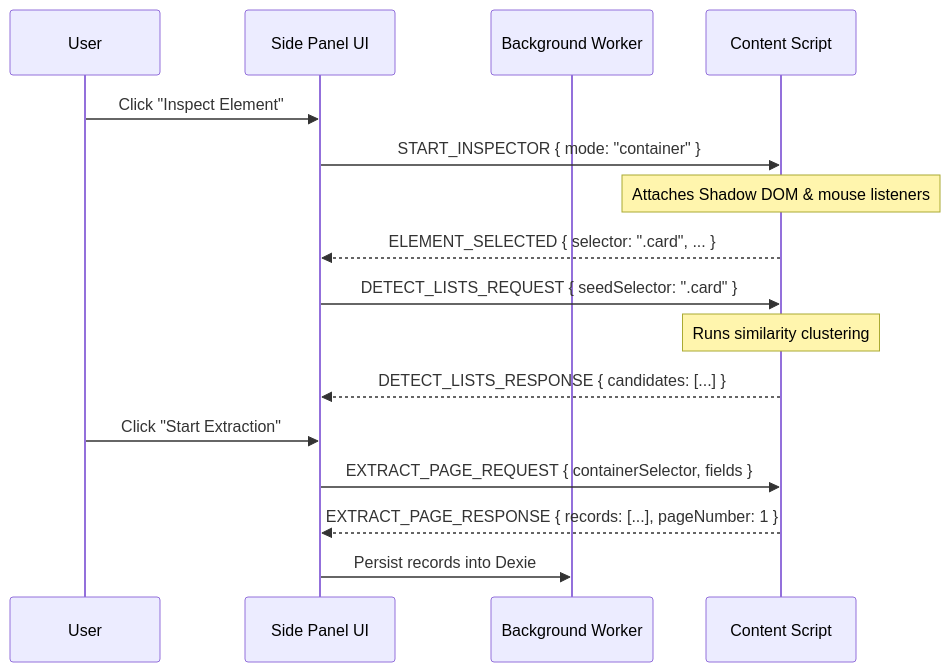
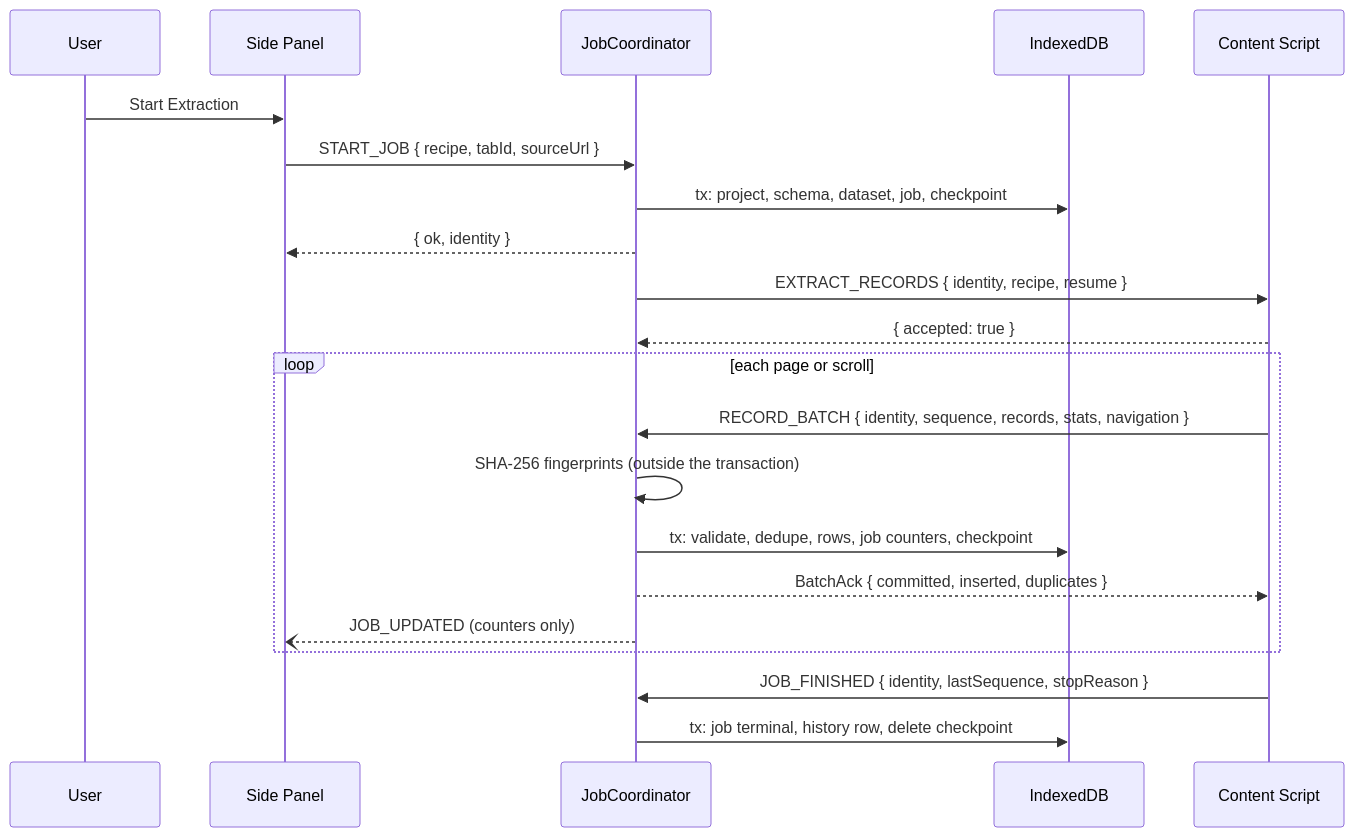
One commit to Pawan-pv/pageharvest changed the third of 4 diagrams in docs/ARCHITECTURE.md. Above: the diagram before and after it, drawn with Mermaid. The commit also changed other lines of this file and 197 other files, not shown here.

First line of the commit message:
feat(core): add durable job coordinator and repair data integrity defects

````diff
--- a/docs/ARCHITECTURE.md
+++ b/docs/ARCHITECTURE.md
@@ -94,19 +102,24 @@
 ```mermaid
 sequenceDiagram
     participant User as User
-    participant SP as Side Panel UI
-    participant BG as Background Worker
+    participant SP as Side Panel
+    participant BG as JobCoordinator
+    participant DB as IndexedDB
     participant CS as Content Script
 
-    User->>SP: Click "Inspect Element"
-    SP->>CS: START_INSPECTOR { mode: "container" }
-    Note over CS: Attaches Shadow DOM & mouse listeners
-    CS-->>SP: ELEMENT_SELECTED { selector: ".card", ... }
-    SP->>CS: DETECT_LISTS_REQUEST { seedSelector: ".card" }
-    Note over CS: Runs similarity clustering
-    CS-->>SP: DETECT_LISTS_RESPONSE { candidates: [...] }
-    User->>SP: Click "Start Extraction"
-    SP->>CS: EXTRACT_PAGE_REQUEST { containerSelector, fields }
-    CS-->>SP: EXTRACT_PAGE_RESPONSE { records: [...], pageNumber: 1 }
-    SP->>BG: Persist records into Dexie
+    User->>SP: Start Extraction
+    SP->>BG: START_JOB { recipe, tabId, sourceUrl }
+    BG->>DB: tx: project, schema, dataset, job, checkpoint
+    BG-->>SP: { ok, identity }
+    BG->>CS: EXTRACT_RECORDS { identity, recipe, resume }
+    CS-->>BG: { accepted: true }
+    loop each page or scroll
+        CS->>BG: RECORD_BATCH { identity, sequence, records, stats, navigation }
+        BG->>BG: SHA-256 fingerprints (outside the transaction)
+        BG->>DB: tx: validate, dedupe, rows, job counters, checkpoint
+        BG-->>CS: BatchAck { committed, inserted, duplicates }
+        BG--)SP: JOB_UPDATED (counters only)
+    end
+    CS->>BG: JOB_FINISHED { identity, lastSequence, stopReason }
+    BG->>DB: tx: job terminal, history row, delete checkpoint
 ```
````
